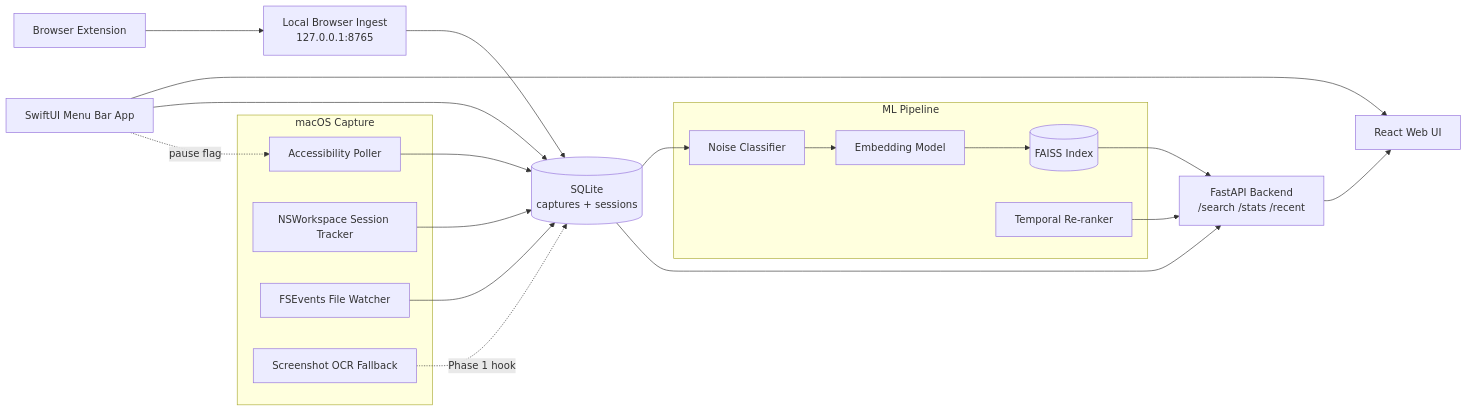
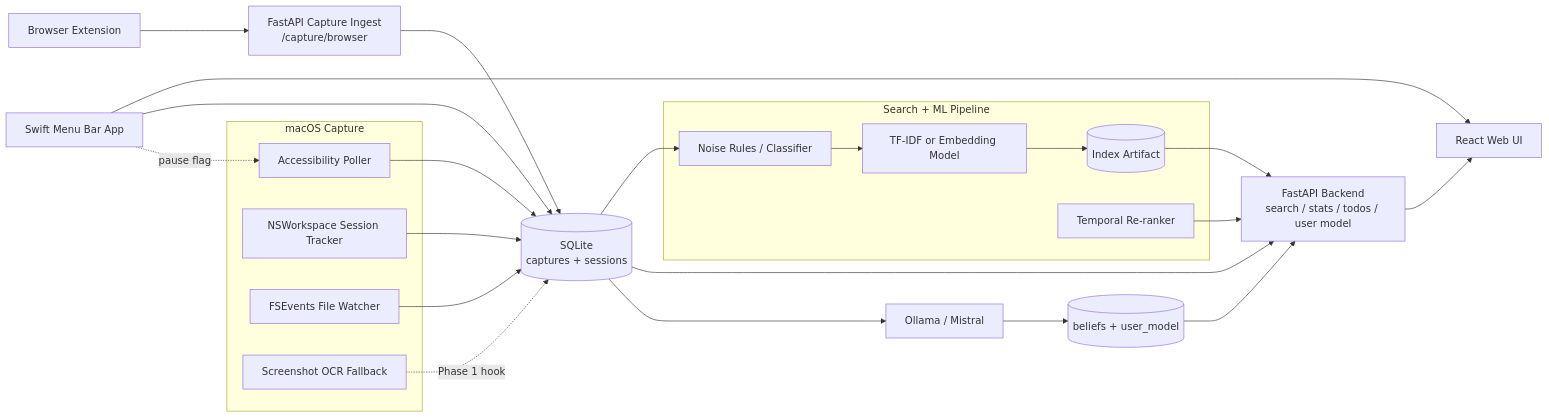
One commit to adad44/26MemoryOS changed the diagram in docs/ARCHITECTURE.md. Above: the diagram before and after it, drawn with Mermaid. The commit also changed other lines of this file and 18 other files, not shown here.

````diff
--- a/docs/ARCHITECTURE.md
+++ b/docs/ARCHITECTURE.md
@@ -91,37 +112,40 @@
 ```mermaid
 flowchart LR
   subgraph mac["macOS Capture"]
     ax["Accessibility Poller"]
     sessions["NSWorkspace Session Tracker"]
     files["FSEvents File Watcher"]
     screenshots["Screenshot OCR Fallback"]
   end
 
   browser["Browser Extension"]
-  ingest["Local Browser Ingest\n127.0.0.1:8765"]
+  ingest["FastAPI Capture Ingest\n/capture/browser"]
   sqlite[("SQLite\ncaptures + sessions")]
 
-  subgraph ml["ML Pipeline"]
-    noise["Noise Classifier"]
-    embedder["Embedding Model"]
-    faiss[("FAISS Index")]
+  subgraph ml["Search + ML Pipeline"]
+    noise["Noise Rules / Classifier"]
+    embedder["TF-IDF or Embedding Model"]
+    faiss[("Index Artifact")]
     reranker["Temporal Re-ranker"]
   end
 
-  api["FastAPI Backend\n/search /stats /recent"]
+  api["FastAPI Backend\nsearch / stats / todos / user model"]
   web["React Web UI"]
-  menu["SwiftUI Menu Bar App"]
+  menu["Swift Menu Bar App"]
+  ollama["Ollama / Mistral"]
+  usermodel[("beliefs + user_model")]
 
   ax --> sqlite
   sessions --> sqlite
   files --> sqlite
   screenshots -. "Phase 1 hook" .-> sqlite
   browser --> ingest --> sqlite
   sqlite --> noise --> embedder --> faiss --> api
   sqlite --> api
+  sqlite --> ollama --> usermodel --> api
   reranker --> api
   api --> web
   menu --> web
   menu --> sqlite
   menu -. "pause flag" .-> ax
 ```
````
